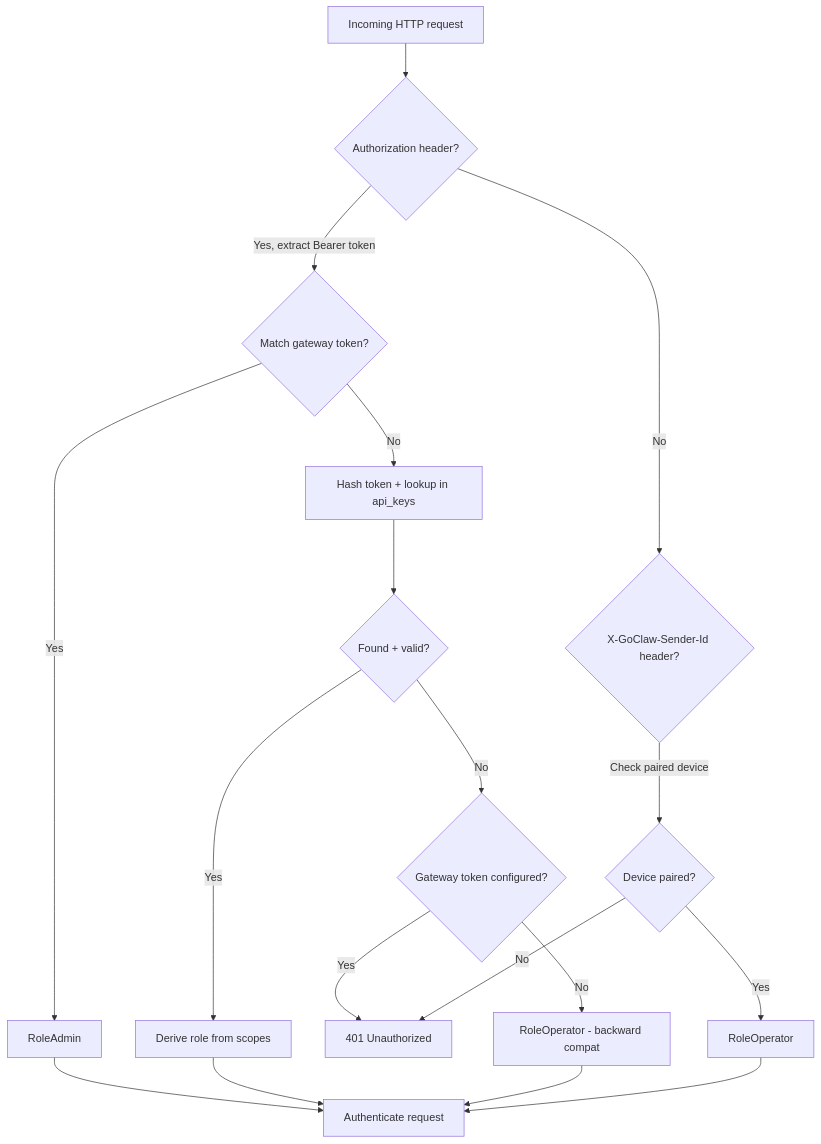
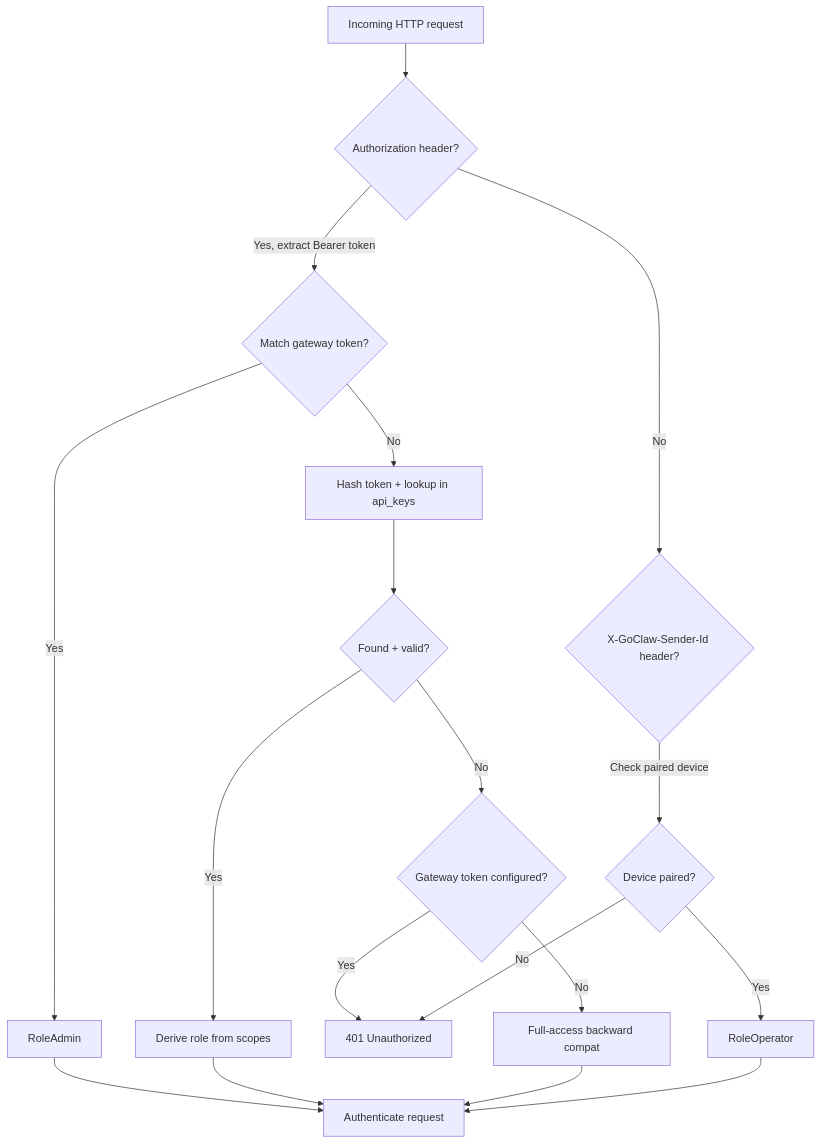
One commit to Erudition/goclaw changed the diagram in docs/20-api-keys-auth.md. Above: the diagram before and after it, drawn with Mermaid. The commit also changed other lines of this file and 949 other files, not shown here.

````diff
--- a/docs/20-api-keys-auth.md
+++ b/docs/20-api-keys-auth.md
@@ -108,20 +108,20 @@
 ```mermaid
 flowchart TD
     A[Incoming HTTP request] --> B{Authorization header?}
     B -->|No| C{X-GoClaw-Sender-Id header?}
     B -->|Yes, extract Bearer token| D{Match gateway token?}
     D -->|Yes| E[RoleAdmin]
     D -->|No| F[Hash token + lookup in api_keys]
     F --> G{Found + valid?}
     G -->|Yes| H[Derive role from scopes]
     G -->|No| I{Gateway token configured?}
     I -->|Yes| J[401 Unauthorized]
-    I -->|No| K[RoleOperator - backward compat]
+    I -->|No| K[Full-access backward compat]
     C -->|Check paired device| L{Device paired?}
     L -->|Yes| M[RoleOperator]
     L -->|No| J
     E --> N[Authenticate request]
     H --> N
     K --> N
     M --> N
 ```
````
